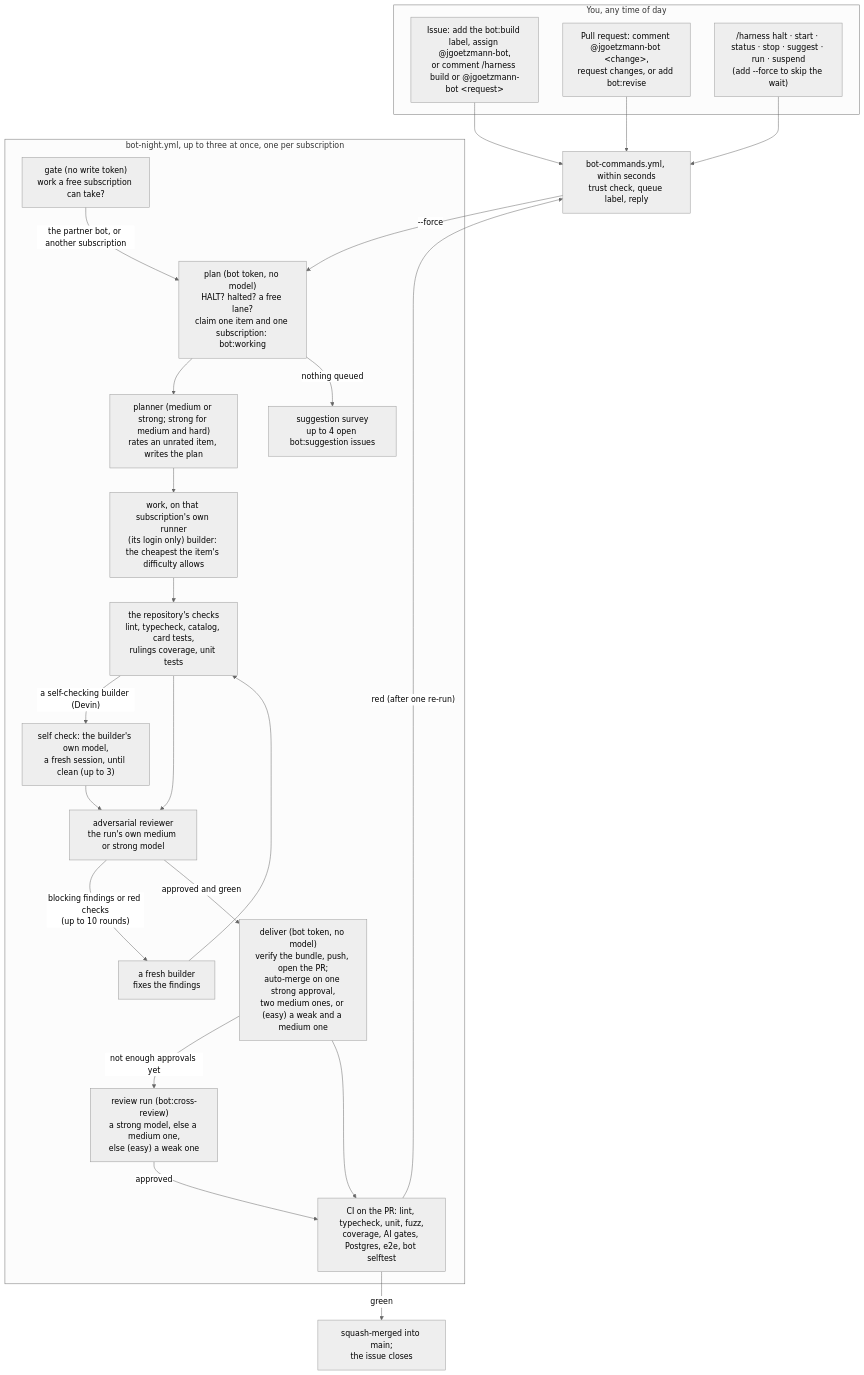
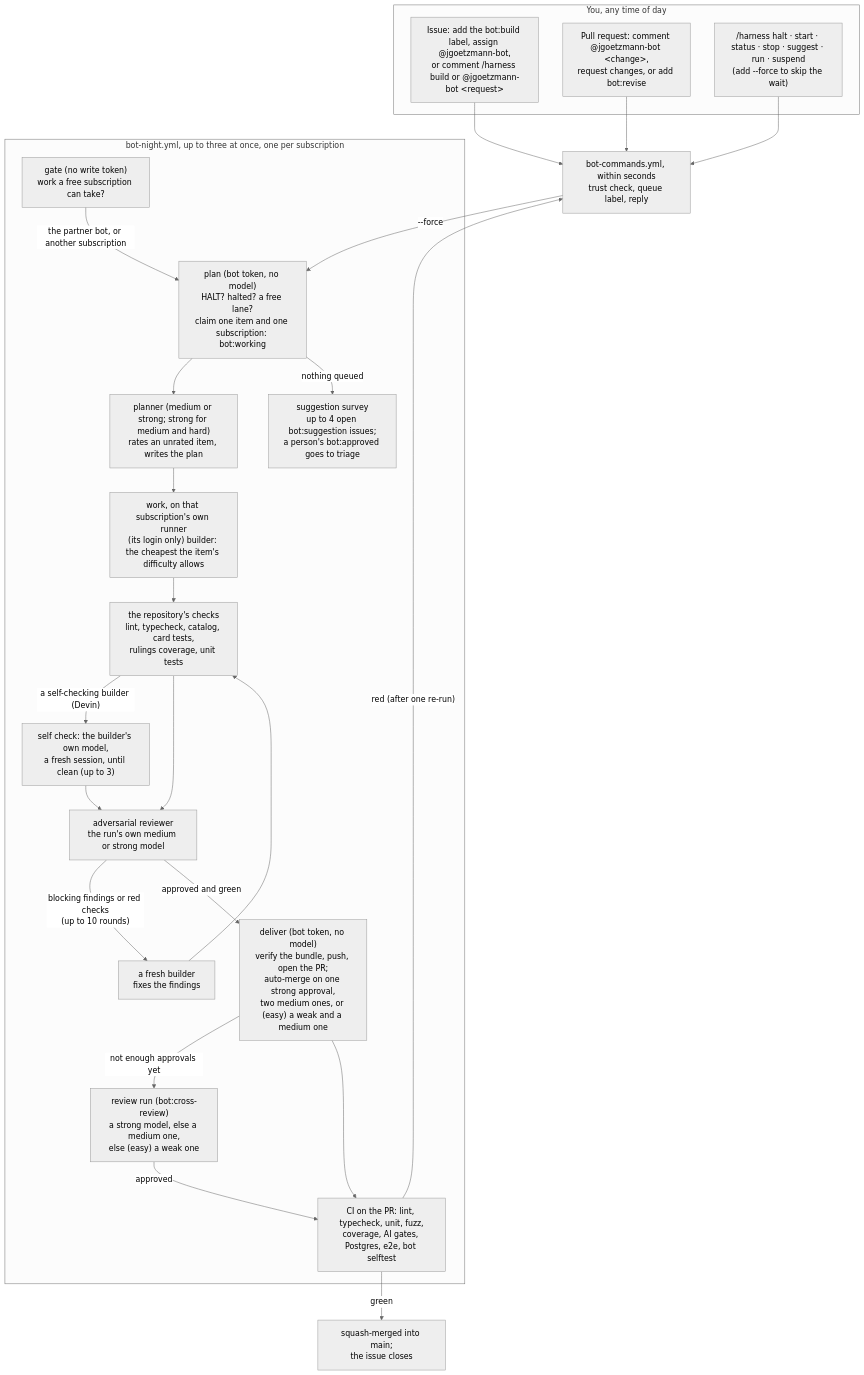
The diagram in bot/README.md (Jlore-Studios/JackiOh), drawn with Mermaid (neutral theme) before and after one commit. The commit also changed other lines of this file and 12 other files, not shown here.

````diff
--- a/bot/README.md
+++ b/bot/README.md
@@ -27,33 +27,33 @@
 ```mermaid
 flowchart TD
   subgraph you["You, any time of day"]
     I["Issue: add the bot:build label, assign @jgoetzmann-bot,<br/>or comment /harness build or @jgoetzmann-bot &lt;request&gt;"]
     P["Pull request: comment @jgoetzmann-bot &lt;change&gt;,<br/>request changes, or add bot:revise"]
     K["/harness halt · start · status · stop · suggest · run · suspend<br/>(add --force to skip the wait)"]
   end
   I --> E
   P --> E
   K --> E
   E["bot-commands.yml, within seconds<br/>trust check, queue label, reply"]
   E -- "--force" --> PL
   subgraph night["bot-night.yml, up to three at once, one per subscription"]
     GA["gate (no write token)<br/>work a free subscription can take?"]
     GA -- "the partner bot, or another subscription" --> PL
     PL["plan (bot token, no model)<br/>HALT? halted? a free lane?<br/>claim one item and one subscription: bot:working"]
     PL --> PN["planner (medium or strong; strong for medium and hard)<br/>rates an unrated item, writes the plan"]
     PN --> B["work, on that subscription's own runner<br/>(its login only) builder: the cheapest the item's difficulty allows"]
     B --> G["the repository's checks<br/>lint, typecheck, catalog, card tests,<br/>rulings coverage, unit tests"]
     G -- "a self-checking builder (Devin)" --> SC["self check: the builder's own model,<br/>a fresh session, until clean (up to 3)"]
     SC --> R
     G --> R["adversarial reviewer<br/>the run's own medium or strong model"]
     R -- "blocking findings or red checks<br/>(up to 10 rounds)" --> F["a fresh builder<br/>fixes the findings"]
     F --> G
     R -- "approved and green" --> D["deliver (bot token, no model)<br/>verify the bundle, push, open the PR;<br/>auto-merge on one strong approval,<br/>two medium ones, or (easy) a weak and a medium one"]
     D -- "not enough approvals yet" --> X["review run (bot:cross-review)<br/>a strong model, else a medium one,<br/>else (easy) a weak one"]
     X -- "approved" --> CI
-    PL -- "nothing queued" --> S["suggestion survey<br/>up to 4 open bot:suggestion issues"]
+    PL -- "nothing queued" --> S["suggestion survey<br/>up to 4 open bot:suggestion issues;<br/>a person's bot:approved goes to triage"]
   end
   D --> CI["CI on the PR: lint, typecheck, unit, fuzz,<br/>coverage, AI gates, Postgres, e2e, bot selftest"]
   CI -- "green" --> M["squash-merged into main;<br/>the issue closes"]
   CI -- "red (after one re-run)" --> E
 ```
````
